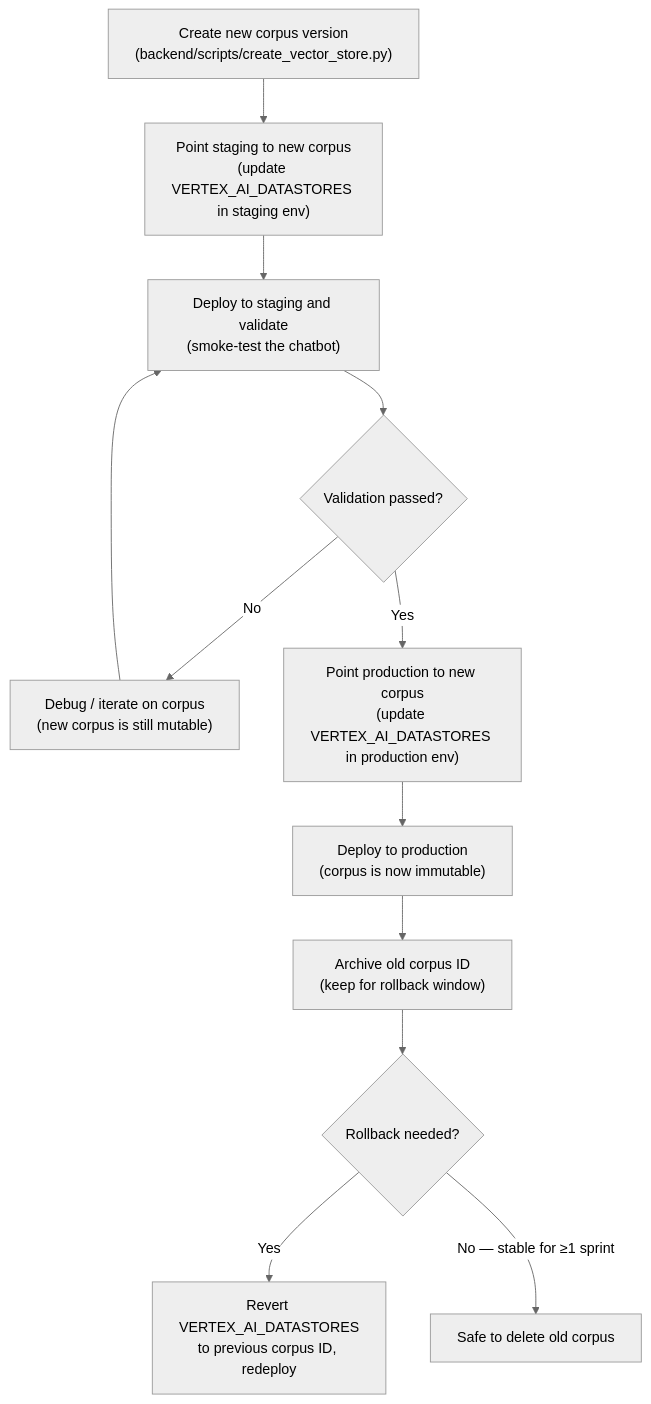
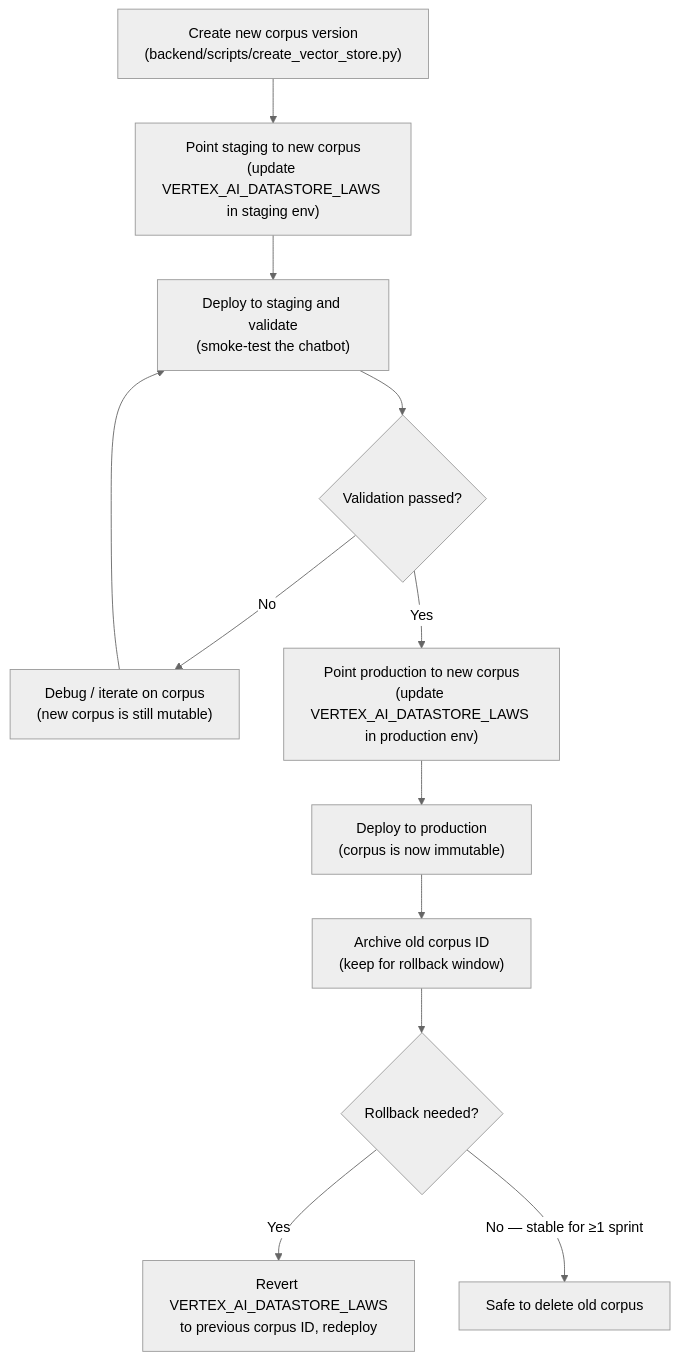
Before and after one commit to codeforpdx/tenantfirstaid: the second of 5 diagrams in Deployment.md, drawn with Mermaid (neutral theme). The commit also changed other lines of this file and 8 other files, not shown here.

Commit message:
Adjusted approach to datastores to use separate env vars; Update unit tests and documentation for new changes

````diff
--- a/Deployment.md
+++ b/Deployment.md
@@ -82,14 +82,14 @@
 ```mermaid
 flowchart TD
-    A["Create new corpus version<br/>(backend/scripts/create_vector_store.py)"] --> B["Point staging to new corpus<br/>(update VERTEX_AI_DATASTORES in staging env)"]
+    A["Create new corpus version<br/>(backend/scripts/create_vector_store.py)"] --> B["Point staging to new corpus<br/>(update VERTEX_AI_DATASTORE_LAWS in staging env)"]
     B --> C["Deploy to staging and validate<br/>(smoke-test the chatbot)"]
     C --> D{"Validation passed?"}
     D -->|No| E["Debug / iterate on corpus<br/>(new corpus is still mutable)"]
     E --> C
-    D -->|Yes| F["Point production to new corpus<br/>(update VERTEX_AI_DATASTORES in production env)"]
+    D -->|Yes| F["Point production to new corpus<br/>(update VERTEX_AI_DATASTORE_LAWS in production env)"]
     F --> G["Deploy to production<br/>(corpus is now immutable)"]
     G --> H["Archive old corpus ID<br/>(keep for rollback window)"]
     H --> I{"Rollback needed?"}
-    I -->|Yes| J["Revert VERTEX_AI_DATASTORES<br/>to previous corpus ID, redeploy"]
+    I -->|Yes| J["Revert VERTEX_AI_DATASTORE_LAWS<br/>to previous corpus ID, redeploy"]
     I -->|No — stable for ≥1 sprint| K["Safe to delete old corpus"]
 ```
````
